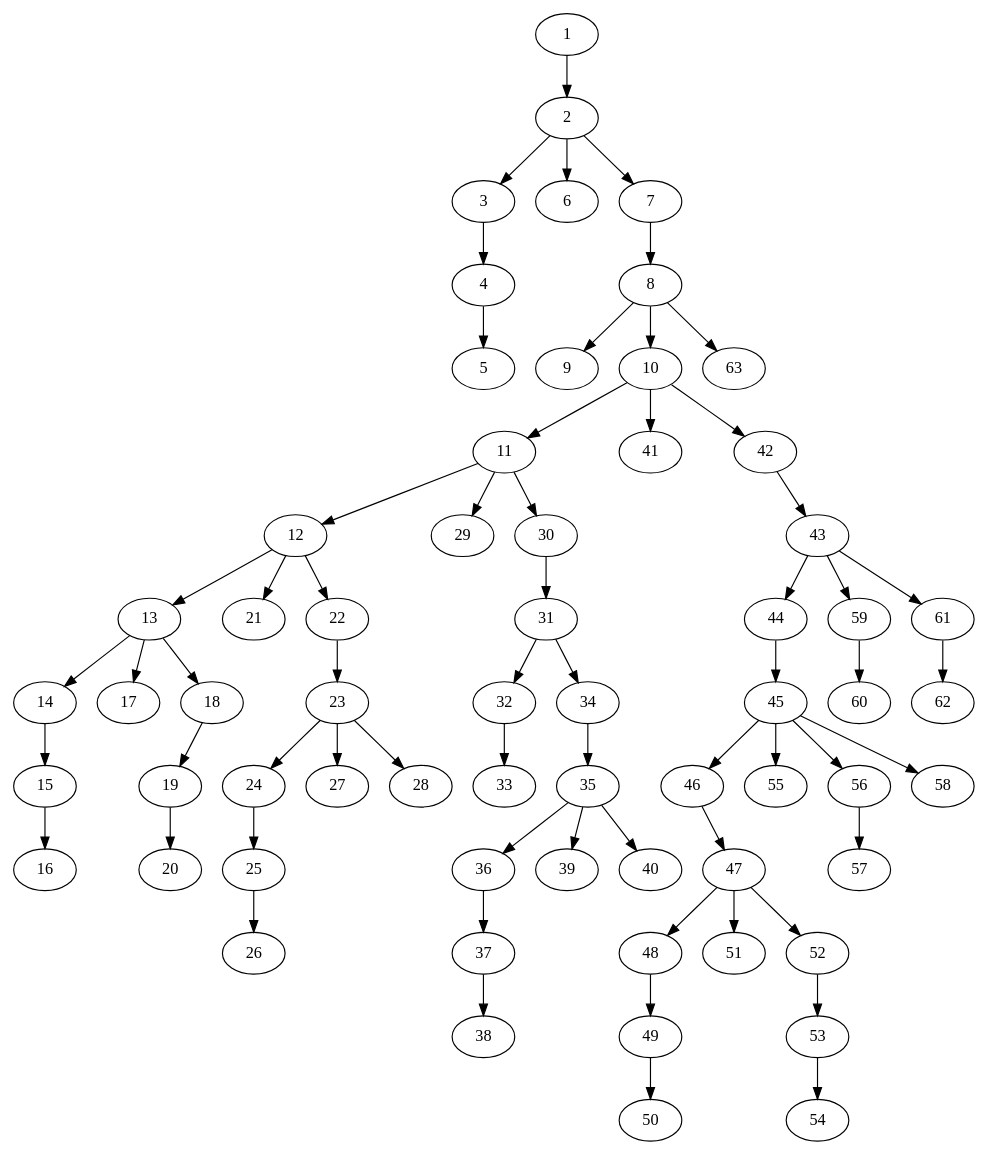
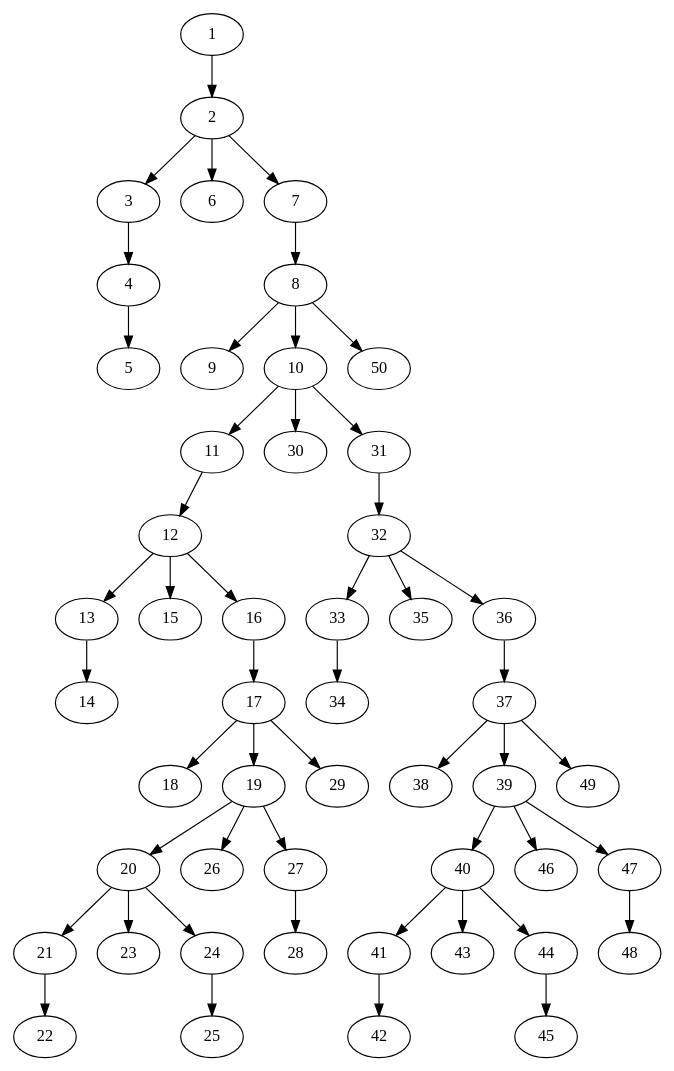
Before and after one commit to Ajax12345/caspian-lang: the diagram in caspian/src/ast_stuff.dot, drawn with Graphviz. The commit also changed 4 other files, not shown here.

```diff
--- a/caspian/src/ast_stuff.dot
+++ b/caspian/src/ast_stuff.dot
@@ -1,64 +1,51 @@
 strict digraph "" {
 	1 -> 2;
 	2 -> 3;
 	2 -> 6;
 	2 -> 7;
 	3 -> 4;
 	4 -> 5;
 	7 -> 8;
 	8 -> 9;
 	8 -> 10;
-	8 -> 63;
+	8 -> 50;
 	10 -> 11;
-	10 -> 41;
-	10 -> 42;
+	10 -> 30;
+	10 -> 31;
 	11 -> 12;
-	11 -> 29;
-	11 -> 30;
 	12 -> 13;
-	12 -> 21;
-	12 -> 22;
+	12 -> 15;
+	12 -> 16;
 	13 -> 14;
-	13 -> 17;
-	13 -> 18;
-	14 -> 15;
-	15 -> 16;
-	18 -> 19;
+	16 -> 17;
+	17 -> 18;
+	17 -> 19;
+	17 -> 29;
 	19 -> 20;
-	22 -> 23;
-	23 -> 24;
-	23 -> 27;
-	23 -> 28;
+	19 -> 26;
+	19 -> 27;
+	20 -> 21;
+	20 -> 23;
+	20 -> 24;
+	21 -> 22;
 	24 -> 25;
-	25 -> 26;
-	30 -> 31;
+	27 -> 28;
 	31 -> 32;
-	31 -> 34;
 	32 -> 33;
-	34 -> 35;
-	35 -> 36;
-	35 -> 39;
-	35 -> 40;
+	32 -> 35;
+	32 -> 36;
+	33 -> 34;
 	36 -> 37;
 	37 -> 38;
-	42 -> 43;
-	43 -> 44;
-	43 -> 59;
-	43 -> 61;
+	37 -> 39;
+	37 -> 49;
+	39 -> 40;
+	39 -> 46;
+	39 -> 47;
+	40 -> 41;
+	40 -> 43;
+	40 -> 44;
+	41 -> 42;
 	44 -> 45;
-	45 -> 46;
-	45 -> 55;
-	45 -> 56;
-	45 -> 58;
-	46 -> 47;
 	47 -> 48;
-	47 -> 51;
-	47 -> 52;
-	48 -> 49;
-	49 -> 50;
-	52 -> 53;
-	53 -> 54;
-	56 -> 57;
-	59 -> 60;
-	61 -> 62;
 }
```
